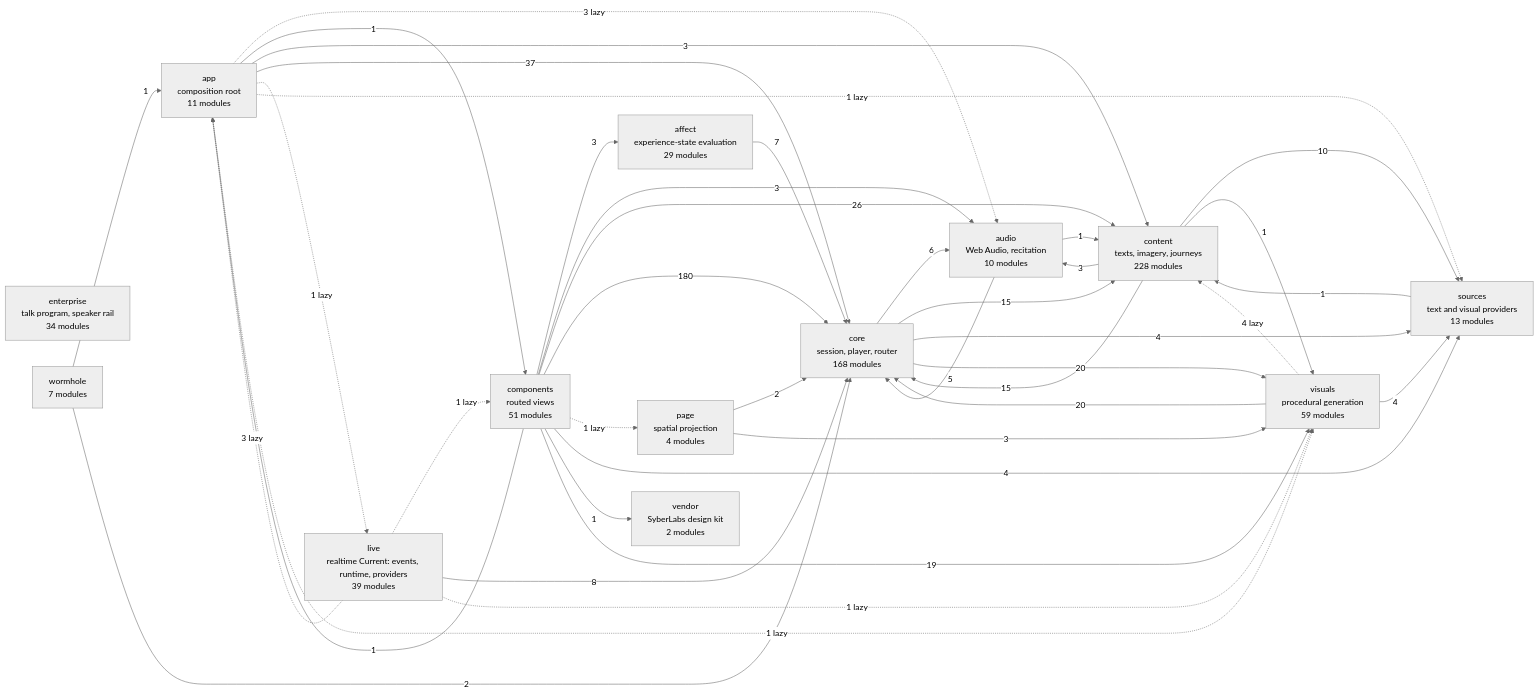
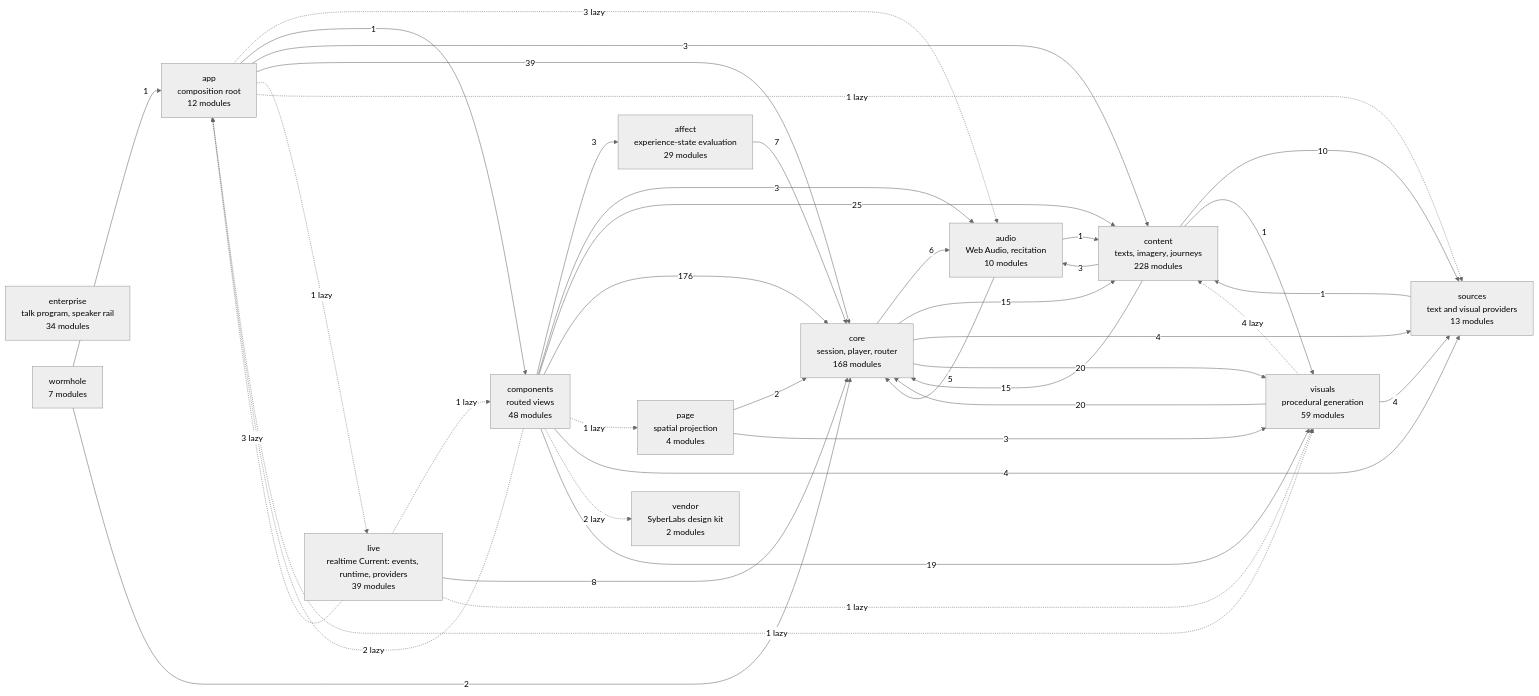
The diagram in docs/specs/ARCHITECTURE.md (SyberLabs/RISE), drawn with Mermaid (neutral theme) before and after one commit.

Commit message:
Regenerate the architecture diagram without the Today view

````diff
--- a/docs/specs/ARCHITECTURE.md
+++ b/docs/specs/ARCHITECTURE.md
@@ -160,56 +160,56 @@
 ```mermaid
 flowchart LR
     affect["affect<br/>experience-state evaluation<br/>29 modules"]
-    app["app<br/>composition root<br/>11 modules"]
+    app["app<br/>composition root<br/>12 modules"]
     audio["audio<br/>Web Audio, recitation<br/>10 modules"]
-    components["components<br/>routed views<br/>51 modules"]
+    components["components<br/>routed views<br/>48 modules"]
     content["content<br/>texts, imagery, journeys<br/>228 modules"]
     core["core<br/>session, player, router<br/>168 modules"]
     enterprise["enterprise<br/>talk program, speaker rail<br/>34 modules"]
     live["live<br/>realtime Current: events, runtime, providers<br/>39 modules"]
     page["page<br/>spatial projection<br/>4 modules"]
     sources["sources<br/>text and visual providers<br/>13 modules"]
     vendor["vendor<br/>SyberLabs design kit<br/>2 modules"]
     visuals["visuals<br/>procedural generation<br/>59 modules"]
     wormhole["wormhole<br/>7 modules"]
 
     affect --> |7| core
     app -.-> |3 lazy| audio
     app --> |1| components
     app --> |3| content
-    app --> |37| core
+    app --> |39| core
     app -.-> |1 lazy| live
     app -.-> |1 lazy| sources
     app -.-> |1 lazy| visuals
     audio --> |1| content
     audio --> |5| core
     components --> |3| affect
-    components --> |1| app
+    components -.-> |2 lazy| app
     components --> |3| audio
-    components --> |26| content
-    components --> |180| core
+    components --> |25| content
+    components --> |176| core
     components -.-> |1 lazy| page
     components --> |4| sources
-    components --> |1| vendor
+    components -.-> |2 lazy| vendor
     components --> |19| visuals
     content --> |3| audio
     content --> |15| core
     content --> |10| sources
     content --> |1| visuals
     core --> |6| audio
     core --> |15| content
     core --> |4| sources
     core --> |20| visuals
     live -.-> |3 lazy| app
     live -.-> |1 lazy| components
     live --> |8| core
     live -.-> |1 lazy| visuals
     page --> |2| core
     page --> |3| visuals
     sources --> |1| content
     visuals -.-> |4 lazy| content
     visuals --> |20| core
     visuals --> |4| sources
     wormhole --> |1| app
     wormhole --> |2| core
 ```
````
